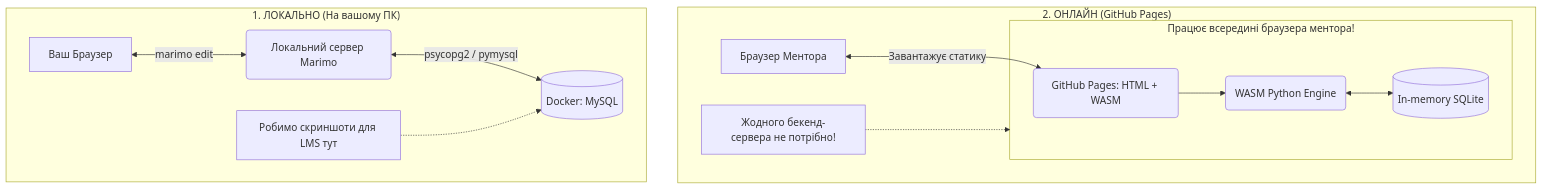
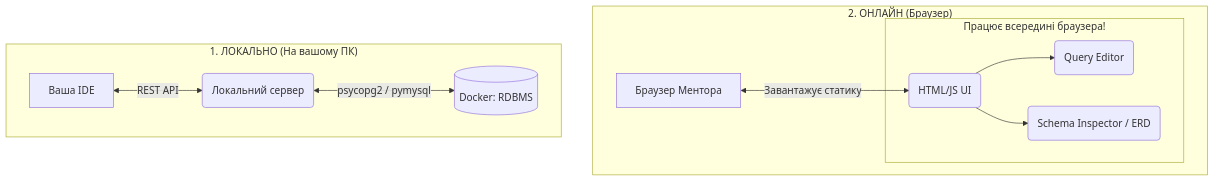
Before and after one commit to IRONKAGE/goit-rdb-hw-02: the second of 2 diagrams in README.md, drawn with Mermaid. The commit also changed other lines of this file and 31 other files, not shown here.

Commit message:
add My IDE: DevOpsML SQL Lab + files for rdb-hw-02  with backend/frontend

````diff
--- a/README.md
+++ b/README.md
@@ -103,18 +171,15 @@
 ```mermaid
 flowchart TD
-    subgraph Online ["2. ОНЛАЙН (GitHub Pages)"]
-        D[Браузер Ментора] <-->|Завантажує статику| E(GitHub Pages: HTML + WASM)
-        
-        subgraph BrowserEnv ["Працює всередині браузера ментора!"]
-            E --> F(WASM Python Engine)
-            F <--> G[(In-memory SQLite)]
+    subgraph Online ["2. ОНЛАЙН (Браузер)"]
+        D[Браузер Ментора] <-->|Завантажує статику| E(HTML/JS UI)
+        subgraph BrowserEnv ["Працює всередині браузера!"]
+            E --> F(Query Editor)
+            E --> G(Schema Inspector / ERD)
         end
-        note2[Жодного бекенд-сервера не потрібно!] -.-> BrowserEnv
     end
 
     subgraph Local ["1. ЛОКАЛЬНО (На вашому ПК)"]
-        A[Ваш Браузер] <-->|marimo edit| B(Локальний сервер Marimo)
-        B <-->|psycopg2 / pymysql| C[(Docker: MySQL)]
-        note1[Робимо скриншоти для LMS тут] -.-> C
+        A[Ваша IDE] <-->|REST API| B(Локальний сервер)
+        B <-->|psycopg2 / pymysql| C[(Docker: RDBMS)]
     end
 ```
````
